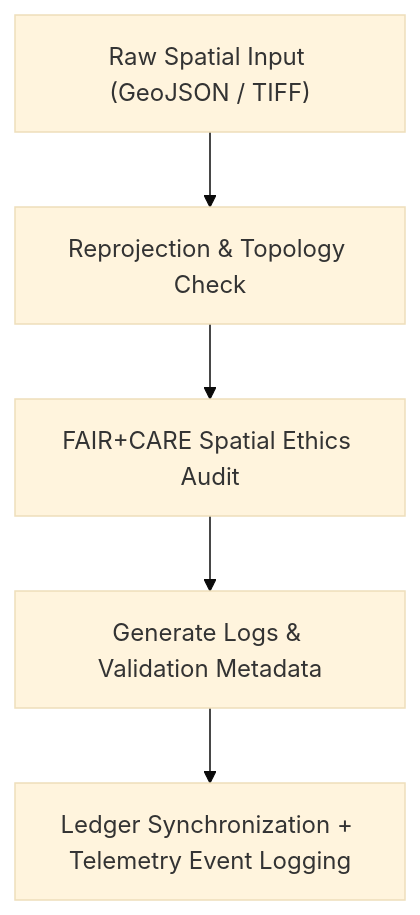
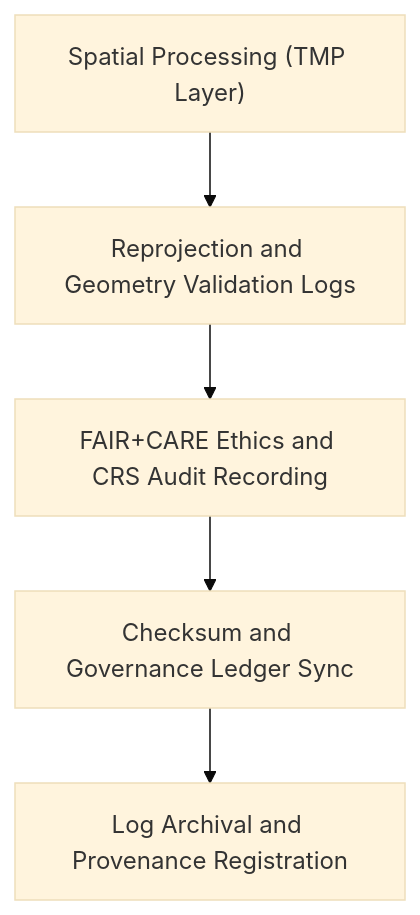
One commit to bartytime4life/Kansas-Frontier-Matrix changed the diagram in data/work/staging/spatial/logs/README.md. Above: the diagram before and after it, drawn with Mermaid (base theme). The commit also changed other lines of this file, not shown here.

````diff
--- a/data/work/staging/spatial/logs/README.md
+++ b/data/work/staging/spatial/logs/README.md
@@ -68,7 +63,7 @@
 ```mermaid
 flowchart TD
-    A["Raw Spatial Input (GeoJSON / TIFF)"] --> B["Reprojection & Topology Check"]
-    B --> C["FAIR+CARE Spatial Ethics Audit"]
-    C --> D["Generate Logs & Validation Metadata"]
-    D --> E["Ledger Synchronization + Telemetry Event Logging"]
+    A["Spatial Processing (TMP Layer)"] --> B["Reprojection and Geometry Validation Logs"]
+    B --> C["FAIR+CARE Ethics and CRS Audit Recording"]
+    C --> D["Checksum and Governance Ledger Sync"]
+    D --> E["Log Archival and Provenance Registration"]
 ```
````
